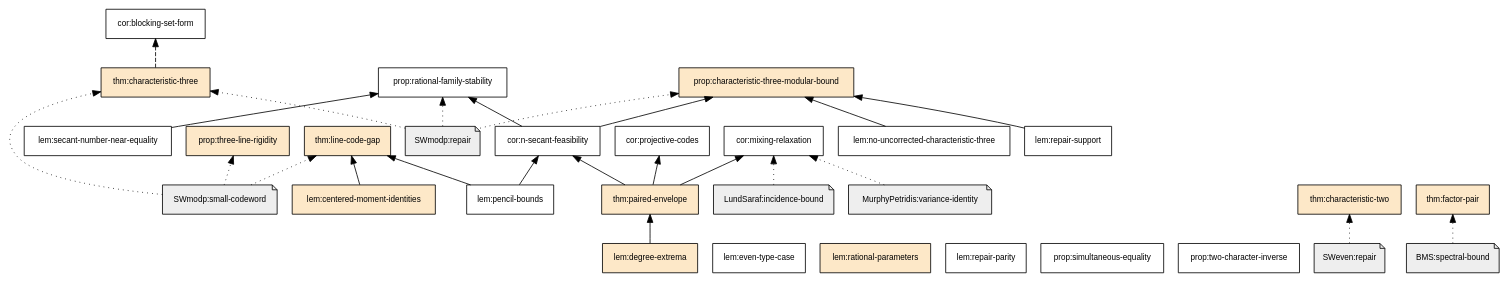
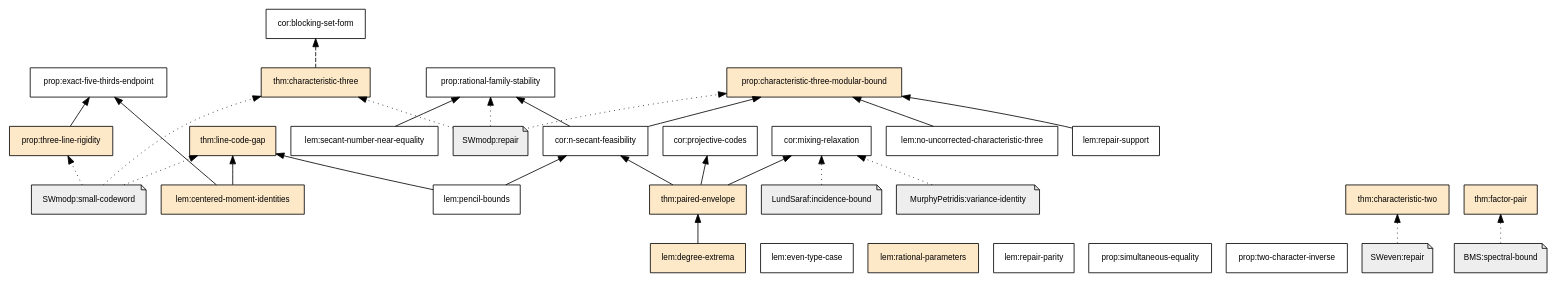
Before and after one commit to tavisrudd/integral-secant-arcs: the diagram in verification/dependency-graph.dot, drawn with Graphviz. The commit also changed 15 other files, not shown here.

Commit message:
Add exact endpoint obstruction

```diff
--- a/verification/dependency-graph.dot
+++ b/verification/dependency-graph.dot
@@ -1,57 +1,60 @@
 digraph manuscript {
   rankdir=BT;
   node [shape=box, style=filled, fontname="Helvetica", fontsize=10];
   edge [fontname="Helvetica", fontsize=8];
   "cor:blocking-set-form" [fillcolor="#ffffff", tooltip="absent"];
   "cor:mixing-relaxation" [fillcolor="#ffffff", tooltip="absent"];
   "cor:n-secant-feasibility" [fillcolor="#ffffff", tooltip="absent"];
   "cor:projective-codes" [fillcolor="#ffffff", tooltip="absent"];
   "lem:centered-moment-identities" [fillcolor="#fde8c8", tooltip="fragment"];
   "lem:degree-extrema" [fillcolor="#fde8c8", tooltip="fragment"];
   "lem:even-type-case" [fillcolor="#ffffff", tooltip="absent"];
   "lem:no-uncorrected-characteristic-three" [fillcolor="#ffffff", tooltip="absent"];
   "lem:pencil-bounds" [fillcolor="#ffffff", tooltip="absent"];
   "lem:rational-parameters" [fillcolor="#fde8c8", tooltip="fragment"];
   "lem:repair-parity" [fillcolor="#ffffff", tooltip="absent"];
   "lem:repair-support" [fillcolor="#ffffff", tooltip="absent"];
   "lem:secant-number-near-equality" [fillcolor="#ffffff", tooltip="absent"];
   "prop:characteristic-three-modular-bound" [fillcolor="#fde8c8", tooltip="fragment"];
+  "prop:exact-five-thirds-endpoint" [fillcolor="#ffffff", tooltip="absent"];
   "prop:rational-family-stability" [fillcolor="#ffffff", tooltip="absent"];
   "prop:simultaneous-equality" [fillcolor="#ffffff", tooltip="absent"];
   "prop:three-line-rigidity" [fillcolor="#fde8c8", tooltip="fragment"];
   "prop:two-character-inverse" [fillcolor="#ffffff", tooltip="absent"];
   "thm:characteristic-three" [fillcolor="#fde8c8", tooltip="fragment"];
   "thm:characteristic-two" [fillcolor="#fde8c8", tooltip="fragment"];
   "thm:factor-pair" [fillcolor="#fde8c8", tooltip="fragment"];
   "thm:line-code-gap" [fillcolor="#fde8c8", tooltip="fragment"];
   "thm:paired-envelope" [fillcolor="#fde8c8", tooltip="fragment"];
   "BMS:spectral-bound" [shape=note, fillcolor="#eeeeee"];
   "LundSaraf:incidence-bound" [shape=note, fillcolor="#eeeeee"];
   "MurphyPetridis:variance-identity" [shape=note, fillcolor="#eeeeee"];
   "SWeven:repair" [shape=note, fillcolor="#eeeeee"];
   "SWmodp:repair" [shape=note, fillcolor="#eeeeee"];
   "SWmodp:small-codeword" [shape=note, fillcolor="#eeeeee"];
   "BMS:spectral-bound" -> "thm:factor-pair" [style=dotted];
   "LundSaraf:incidence-bound" -> "cor:mixing-relaxation" [style=dotted];
   "MurphyPetridis:variance-identity" -> "cor:mixing-relaxation" [style=dotted];
   "SWeven:repair" -> "thm:characteristic-two" [style=dotted];
   "SWmodp:repair" -> "prop:characteristic-three-modular-bound" [style=dotted];
   "SWmodp:repair" -> "prop:rational-family-stability" [style=dotted];
   "SWmodp:repair" -> "thm:characteristic-three" [style=dotted];
   "SWmodp:small-codeword" -> "prop:three-line-rigidity" [style=dotted];
   "SWmodp:small-codeword" -> "thm:characteristic-three" [style=dotted];
   "SWmodp:small-codeword" -> "thm:line-code-gap" [style=dotted];
   "cor:n-secant-feasibility" -> "prop:characteristic-three-modular-bound" [style=solid];
   "cor:n-secant-feasibility" -> "prop:rational-family-stability" [style=solid];
+  "lem:centered-moment-identities" -> "prop:exact-five-thirds-endpoint" [style=solid];
   "lem:centered-moment-identities" -> "thm:line-code-gap" [style=solid];
   "lem:degree-extrema" -> "thm:paired-envelope" [style=solid];
   "lem:no-uncorrected-characteristic-three" -> "prop:characteristic-three-modular-bound" [style=solid];
   "lem:pencil-bounds" -> "cor:n-secant-feasibility" [style=solid];
   "lem:pencil-bounds" -> "thm:line-code-gap" [style=solid];
   "lem:repair-support" -> "prop:characteristic-three-modular-bound" [style=solid];
   "lem:secant-number-near-equality" -> "prop:rational-family-stability" [style=solid];
+  "prop:three-line-rigidity" -> "prop:exact-five-thirds-endpoint" [style=solid];
   "thm:characteristic-three" -> "cor:blocking-set-form" [style=dashed];
   "thm:paired-envelope" -> "cor:mixing-relaxation" [style=solid];
   "thm:paired-envelope" -> "cor:n-secant-feasibility" [style=solid];
   "thm:paired-envelope" -> "cor:projective-codes" [style=solid];
 }
```
